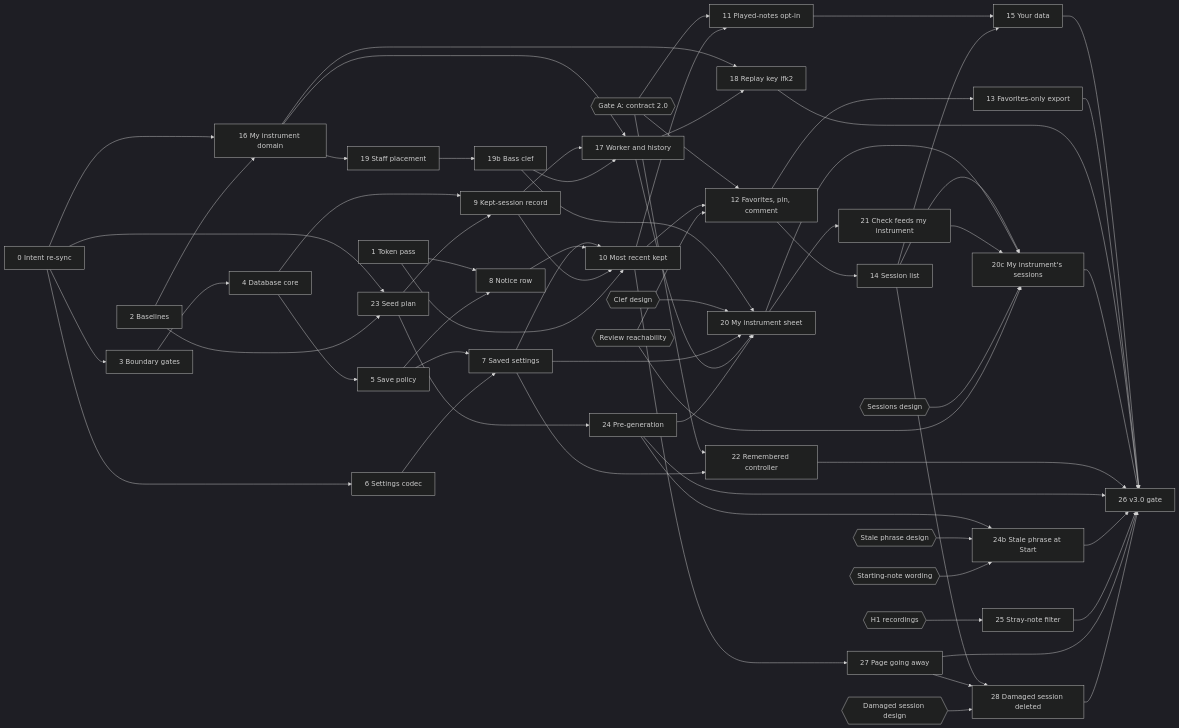
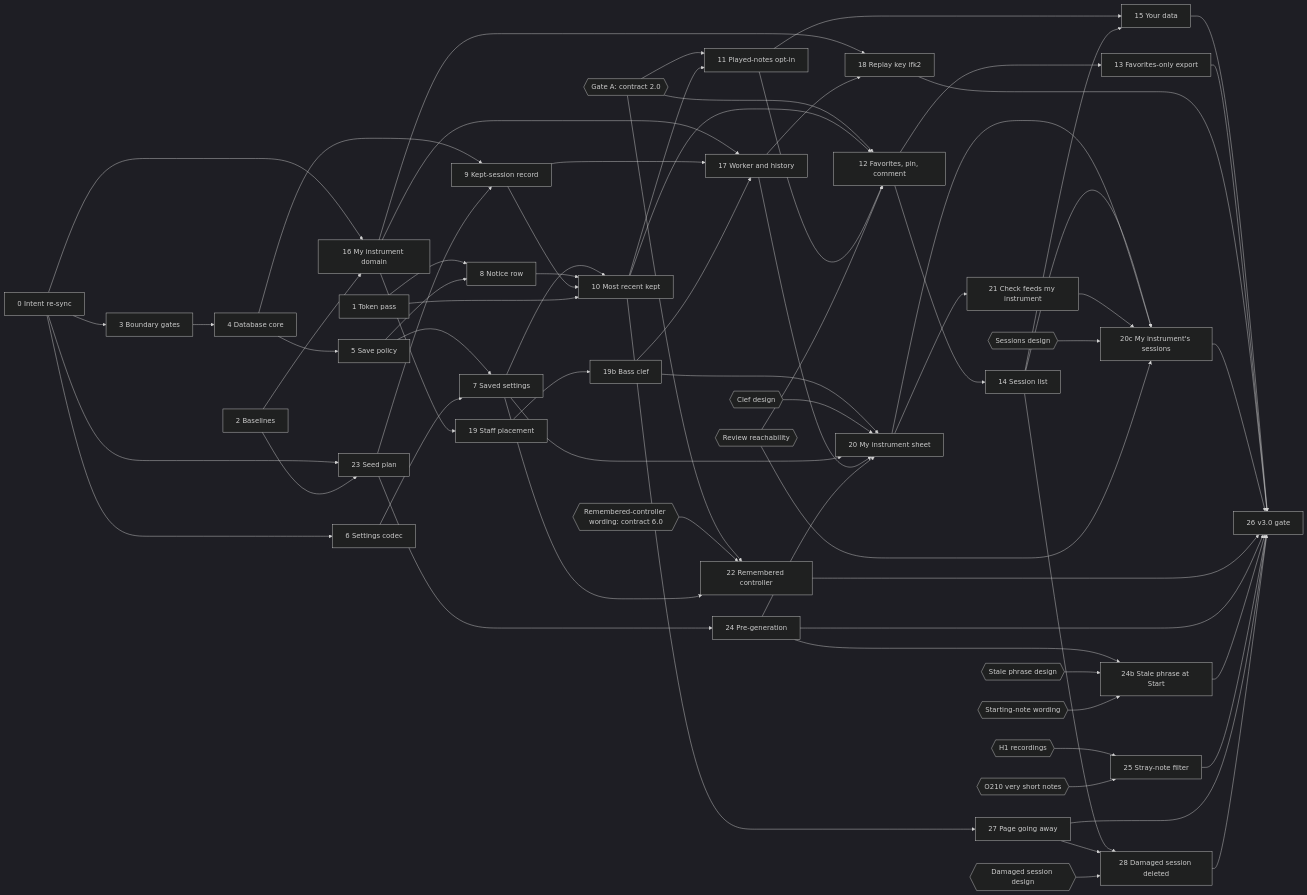
The diagram in specs/versions/v3/build-plan.md (kluthen/infinite-flow), drawn with Mermaid (dark theme) before and after one commit. The commit also changed other lines of this file and 4 other files, not shown here.

````diff
--- a/specs/versions/v3/build-plan.md
+++ b/specs/versions/v3/build-plan.md
@@ -103,69 +109,72 @@
 ```mermaid
 flowchart LR
   C0[0 Intent re-sync] --> C3[3 Boundary gates]
   C0 --> C6[6 Settings codec]
   C0 --> C16[16 My instrument domain]
   C0 --> C23[23 Seed plan]
   C1[1 Token pass] --> C8[8 Notice row]
   C2[2 Baselines] --> C16
   C2 --> C23
   C3 --> C4[4 Database core]
   C4 --> C5[5 Save policy]
   C4 --> C9[9 Kept-session record]
   C23 --> C9
   C5 --> C7[7 Saved settings]
   C6 --> C7
   C5 --> C8
   C7 --> C10[10 Most recent kept]
   C8 --> C10
   C9 --> C10
   C1 --> C10
   GA{{Gate A: contract 2.0}} --> C11
   GA --> C12
   GA --> C22
+  RC{{Remembered-controller wording: contract 6.0}} --> C22
   C10 --> C11[11 Played-notes opt-in]
   C10 --> C12[12 Favorites, pin, comment]
+  C11 --> C12
   C12 --> C13[13 Favorites-only export]
   C12 --> C14[14 Session list]
   C11 --> C15[15 Your data]
   C14 --> C15
   C16 --> C17[17 Worker and history]
   C9 --> C17
   C16 --> C18[18 Replay key ifk2]
   C17 --> C18
   C16 --> C19[19 Staff placement]
   C19 --> C19b[19b Bass clef]
   C19b --> C17
   C19b --> C20
   CD{{Clef design}} --> C20
   C7 --> C20[20 My instrument sheet]
   C17 --> C20
   C24 --> C20
   C20 --> C21[21 Check feeds my instrument]
   C14 --> C20c[20c My instrument's sessions]
   C20 --> C20c
   C21 --> C20c
   SD{{Sessions design}} --> C20c
   RV{{Review reachability}} --> C12
   RV --> C20c
   C7 --> C22[22 Remembered controller]
   C23 --> C24[24 Pre-generation]
   H1{{H1 recordings}} --> C25[25 Stray-note filter]
+  VS{{O210 very short notes}} --> C25
   C15 --> C26[26 v3.0 gate]
   C13 --> C26
   C18 --> C26
   C20c --> C26
   C22 --> C26
   C24 --> C26
   C24 --> C24b[24b Stale phrase at Start]
   SP{{Stale phrase design}} --> C24b
   SN{{Starting-note wording}} --> C24b
   C24b --> C26
   C25 --> C26
   C10 --> C27[27 Page going away]
   C27 --> C26
   C14 --> C28[28 Damaged session deleted]
   C27 --> C28
   DS{{Damaged session design}} --> C28
   C28 --> C26
 ```
````
